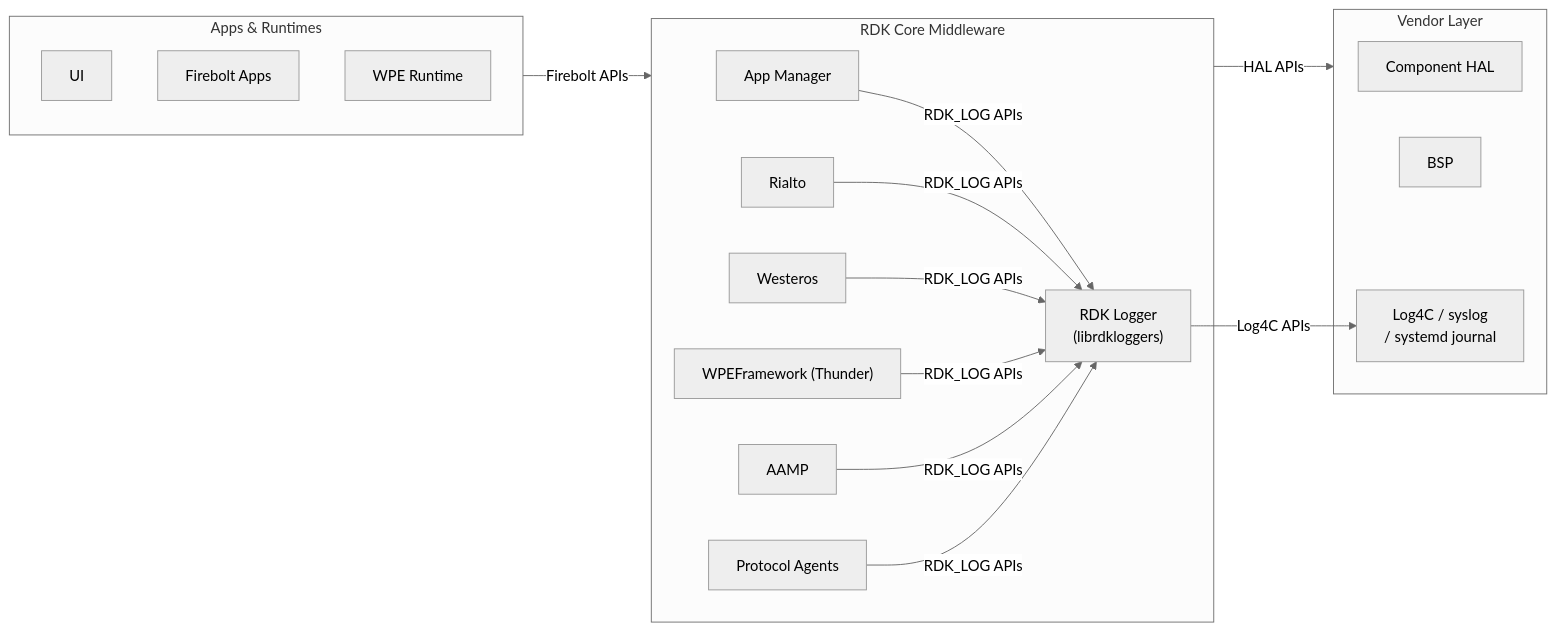
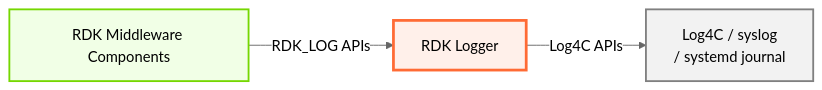
The first of 8 diagrams in docs/docu/RDKV-Documentations/rdk_logger.md (rns21/RDK_Documentation), drawn with Mermaid (neutral theme) before and after one commit. The commit also changed other lines of this file, not shown here.

````diff
--- a/docs/docu/RDKV-Documentations/rdk_logger.md
+++ b/docs/docu/RDKV-Documentations/rdk_logger.md
@@ -9,41 +9,19 @@
 ```mermaid
 flowchart LR
 
 %% Styles
-classDef Apps stroke:#00B9F1,fill:#E6F7FD,stroke-width:2px
 classDef RDKMW stroke:#75D701,fill:#F1FFE6,stroke-width:2px
+classDef Logger stroke:#FF6B35,fill:#FFF0EA,stroke-width:3px
 classDef VL stroke:#808080,fill:#F2F2F2,stroke-width:2px
-classDef Logger stroke:#FF6B35,fill:#FFF0EA,stroke-width:3px
 
-    subgraph Apps["Apps & Runtimes"]
-        RDKUI["UI"]
-        FBApps["Firebolt Apps"]
-        WPE_RT["WPE Runtime"]
-    end
+RDKMW["RDK Middleware Components"]
+RDKLogger["RDK Logger"]
+SysLog["Log4C / syslog\n/ systemd journal"]
 
-    subgraph RDKMW["RDK Core Middleware"]
-        AM["App Manager"]
-        Rialto["Rialto"]
-        Westeros["Westeros"]
-        Thunder["WPEFramework (Thunder)"]
-        AAMP["AAMP"]
-        RDKLogger["RDK Logger\n(librdkloggers)"]
-        ProtoAgents["Protocol Agents"]
-    end
+RDKMW -->|RDK_LOG APIs| RDKLogger
+RDKLogger -->|Log4C APIs| SysLog
 
-    subgraph VL["Vendor Layer"]
-        HAL["Component HAL"]
-        BSP["BSP"]
-        SysLog["Log4C / syslog\n/ systemd journal"]
-    end
-
-    Apps -->|Firebolt APIs| RDKMW
-    AM -->|RDK_LOG APIs| RDKLogger
-    Rialto -->|RDK_LOG APIs| RDKLogger
-    Westeros -->|RDK_LOG APIs| RDKLogger
-    Thunder -->|RDK_LOG APIs| RDKLogger
-    AAMP -->|RDK_LOG APIs| RDKLogger
-    ProtoAgents -->|RDK_LOG APIs| RDKLogger
-    RDKLogger -->|Log4C APIs| SysLog
-    RDKMW -->|HAL APIs| VL
+class RDKMW RDKMW
+class RDKLogger Logger
+class SysLog VL
 ```
````
